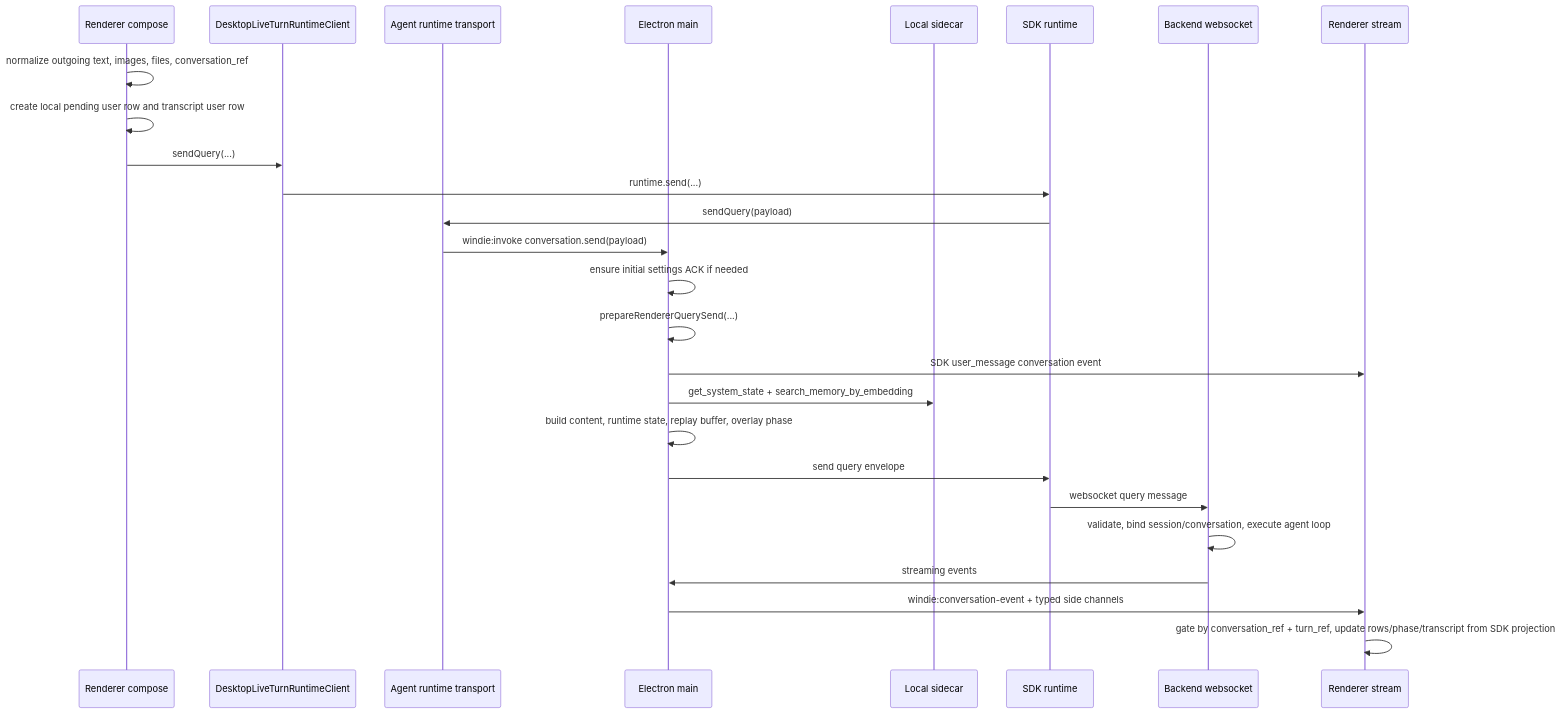
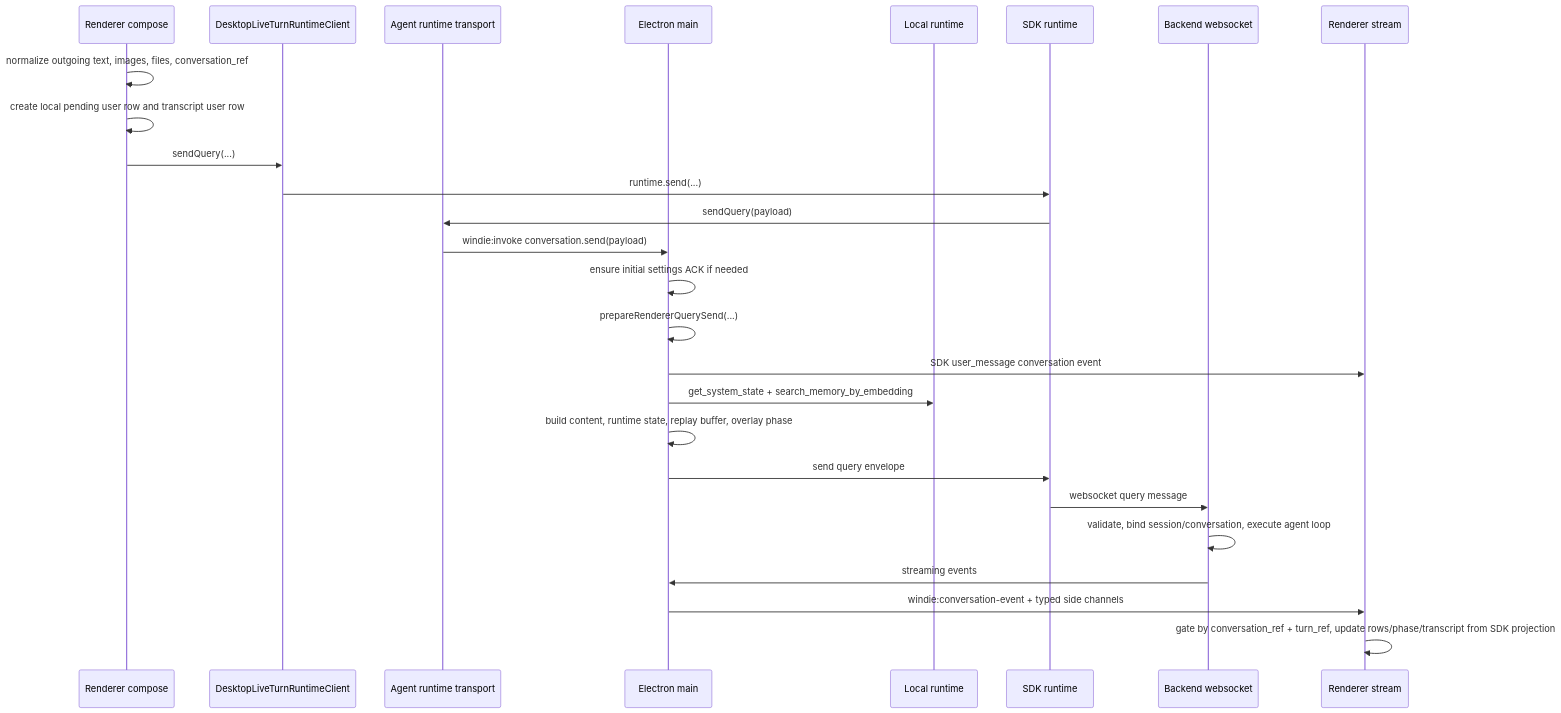
Before and after one commit to buiilding/My_Own_OpenClaw: the diagram in docs/frontend/main/query_send_and_stream_relay_change_workflow.md, drawn with Mermaid. The commit also changed 20 other files, not shown here.

First line of the commit message:
docs(runtime): align public route maps with local runtime

````diff
--- a/docs/frontend/main/query_send_and_stream_relay_change_workflow.md
+++ b/docs/frontend/main/query_send_and_stream_relay_change_workflow.md
@@ -57,29 +57,29 @@
 ```mermaid
 sequenceDiagram
     participant R as Renderer compose
     participant A as DesktopLiveTurnRuntimeClient
     participant T as Agent runtime transport
     participant M as Electron main
-    participant L as Local sidecar
+    participant L as Local runtime
     participant SDK as SDK runtime
     participant B as Backend websocket
     participant S as Renderer stream
 
     R->>R: normalize outgoing text, images, files, conversation_ref
     R->>R: create local pending user row and transcript user row
     R->>A: sendQuery(...)
     A->>SDK: runtime.send(...)
     SDK->>T: sendQuery(payload)
     T->>M: windie:invoke conversation.send(payload)
     M->>M: ensure initial settings ACK if needed
     M->>M: prepareRendererQuerySend(...)
     M->>S: SDK user_message conversation event
     M->>L: get_system_state + search_memory_by_embedding
     M->>M: build content, runtime state, replay buffer, overlay phase
     M->>SDK: send query envelope
     SDK->>B: websocket query message
     B->>B: validate, bind session/conversation, execute agent loop
     B->>M: streaming events
     M->>S: windie:conversation-event + typed side channels
     S->>S: gate by conversation_ref + turn_ref, update rows/phase/transcript from SDK projection
 ```
````
